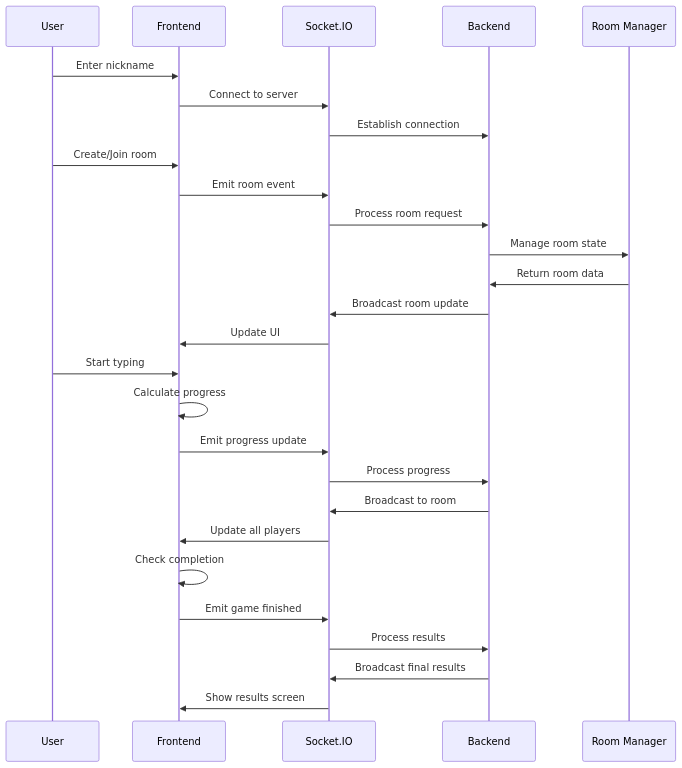
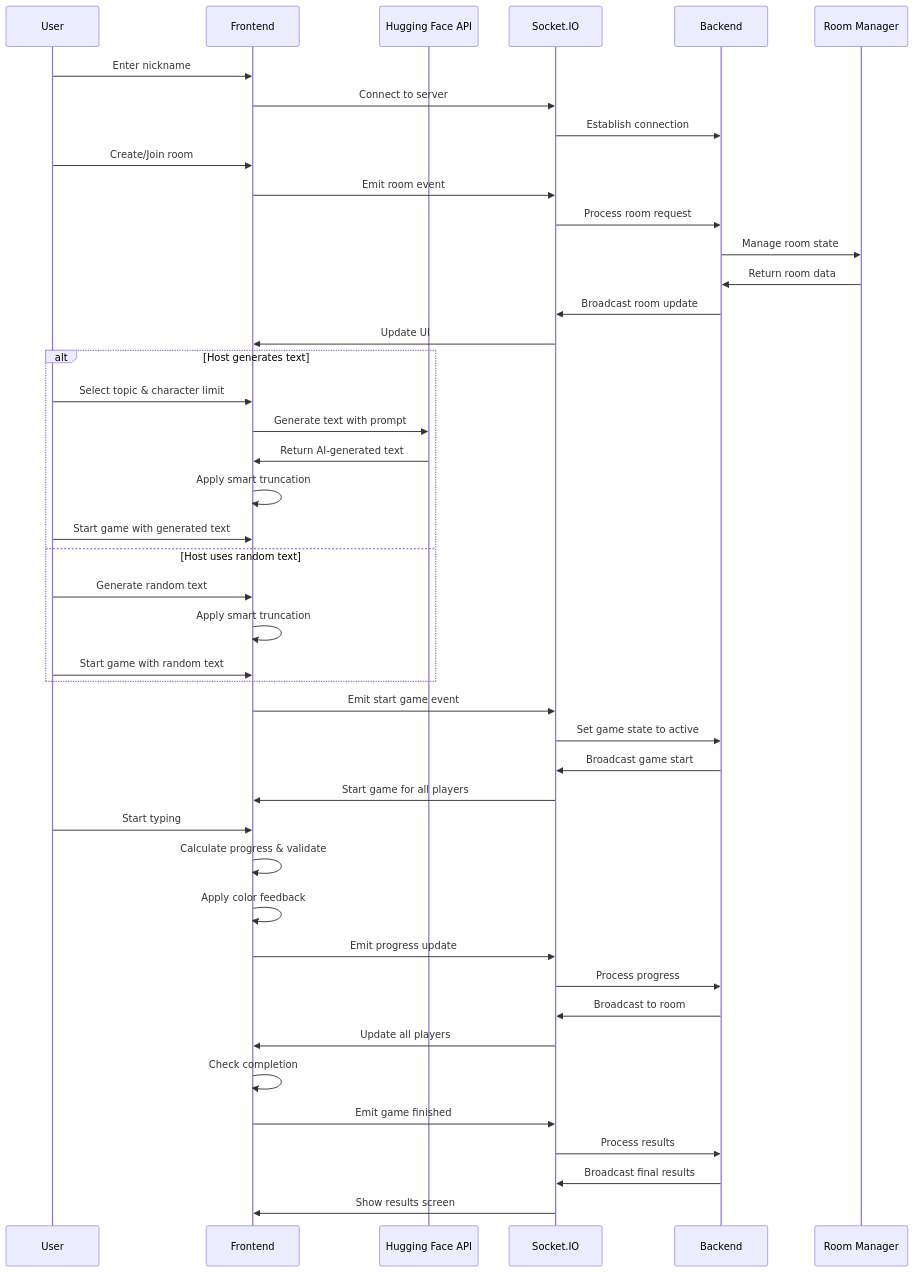
Before and after one commit to souzabruno01/CapyType-Race: the second of 6 diagrams in capytype/ARCHITECTURE.md, drawn with Mermaid. The commit also changed other lines of this file and 1 other file, not shown here.

Commit message:
Update documentation with new features and architecture

````diff
--- a/capytype/ARCHITECTURE.md
+++ b/capytype/ARCHITECTURE.md
@@ -78,33 +96,52 @@
 ```mermaid
 sequenceDiagram
     participant U as User
     participant F as Frontend
+    participant AI as Hugging Face API
     participant S as Socket.IO
     participant B as Backend
     participant R as Room Manager
     
     U->>F: Enter nickname
     F->>S: Connect to server
     S->>B: Establish connection
     
     U->>F: Create/Join room
     F->>S: Emit room event
     S->>B: Process room request
     B->>R: Manage room state
     R->>B: Return room data
     B->>S: Broadcast room update
     S->>F: Update UI
     
+    alt Host generates text
+        U->>F: Select topic & character limit
+        F->>AI: Generate text with prompt
+        AI->>F: Return AI-generated text
+        F->>F: Apply smart truncation
+        U->>F: Start game with generated text
+    else Host uses random text
+        U->>F: Generate random text
+        F->>F: Apply smart truncation
+        U->>F: Start game with random text
+    end
+    
+    F->>S: Emit start game event
+    S->>B: Set game state to active
+    B->>S: Broadcast game start
+    S->>F: Start game for all players
+    
     U->>F: Start typing
-    F->>F: Calculate progress
+    F->>F: Calculate progress & validate
+    F->>F: Apply color feedback
     F->>S: Emit progress update
     S->>B: Process progress
     B->>S: Broadcast to room
     S->>F: Update all players
     
     F->>F: Check completion
     F->>S: Emit game finished
     S->>B: Process results
     B->>S: Broadcast final results
     S->>F: Show results screen
 ```
````
